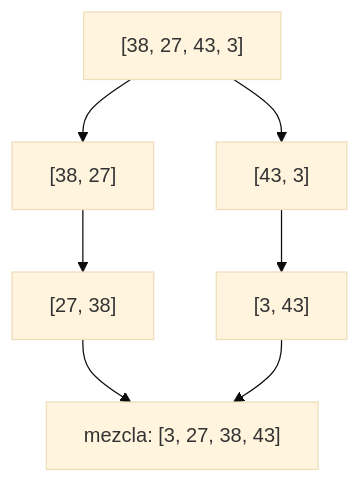
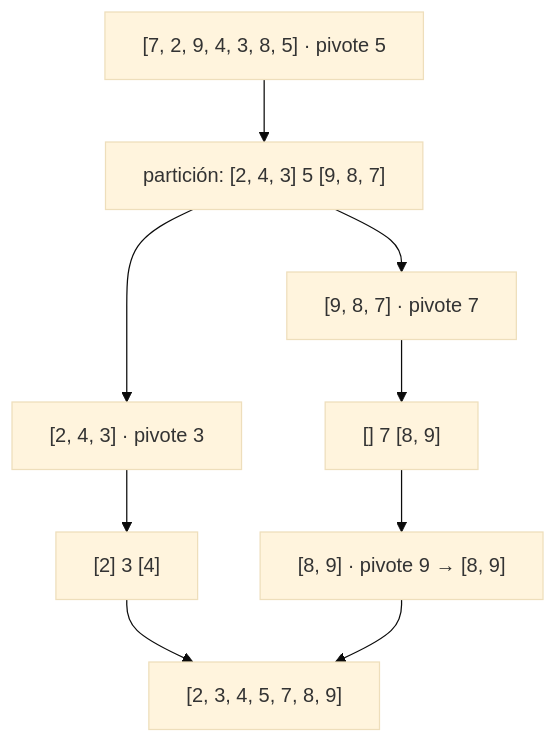
The first of 5 diagrams in web/public/content/foundations/modulo-12.md (NICORUIZ93/The_Imperial_Book), drawn with Mermaid (base theme) before and after one commit. The commit also changed other lines of this file, not shown here.

````diff
--- a/web/public/content/foundations/modulo-12.md
+++ b/web/public/content/foundations/modulo-12.md
@@ -16,9 +146,11 @@
 ```mermaid
 flowchart TD
-    A["[38, 27, 43, 3]"] --> B["[38, 27]"]
-    A --> C["[43, 3]"]
-    B --> D["[27, 38]"]
-    C --> E["[3, 43]"]
-    D --> F["mezcla: [3, 27, 38, 43]"]
-    E --> F
+    A["[7, 2, 9, 4, 3, 8, 5] · pivote 5"] --> P["partición: [2, 4, 3] 5 [9, 8, 7]"]
+    P --> L["[2, 4, 3] · pivote 3"]
+    P --> R["[9, 8, 7] · pivote 7"]
+    L --> L2["[2] 3 [4]"]
+    R --> R2["[] 7 [8, 9]"]
+    R2 --> R3["[8, 9] · pivote 9 → [8, 9]"]
+    L2 --> F["[2, 3, 4, 5, 7, 8, 9]"]
+    R3 --> F
 ```
````
